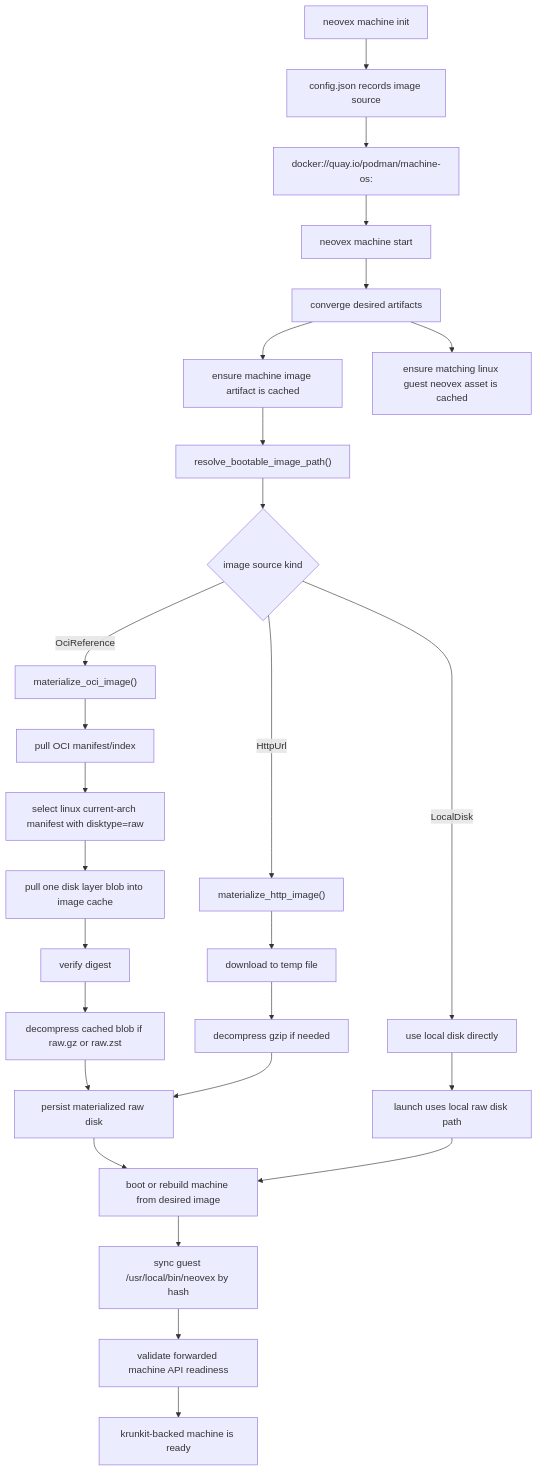
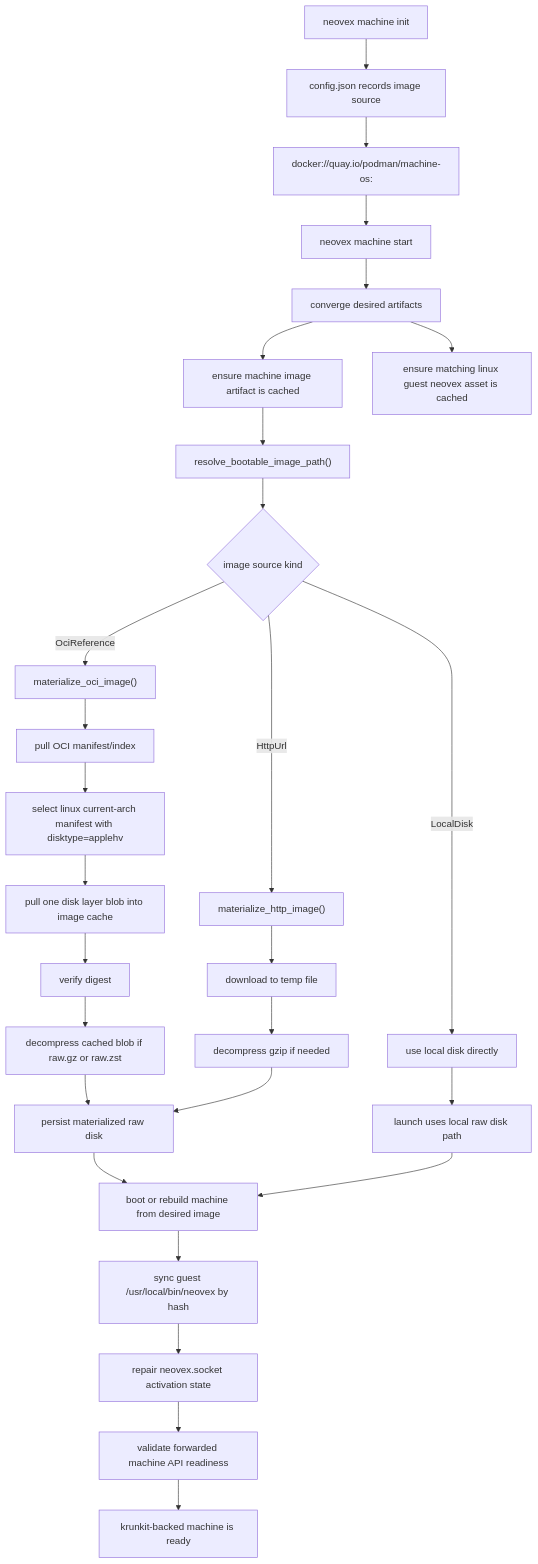
Before and after one commit to nimbus/nimbus: the third of 6 diagrams in docs/reference/macos-machine-flow.md, drawn with Mermaid. The commit also changed other lines of this file and 24 other files, not shown here.

````diff
--- a/docs/reference/macos-machine-flow.md
+++ b/docs/reference/macos-machine-flow.md
@@ -155,32 +157,33 @@
 ```mermaid
 flowchart TD
     A["neovex machine init"] --> B["config.json records image source"]
     B --> C["docker://quay.io/podman/machine-os:<pinned-ref-or-digest>"]
     C --> D["neovex machine start"]
     D --> E["converge desired artifacts"]
     E --> F["ensure machine image artifact is cached"]
     E --> G["ensure matching linux guest neovex asset is cached"]
     F --> H["resolve_bootable_image_path()"]
     H --> I{"image source kind"}
     I -->|OciReference| J["materialize_oci_image()"]
     I -->|HttpUrl| K["materialize_http_image()"]
     I -->|LocalDisk| L["use local disk directly"]
 
     J --> M["pull OCI manifest/index"]
-    M --> N["select linux current-arch manifest with disktype=raw"]
+    M --> N["select linux current-arch manifest with disktype=applehv"]
     N --> O["pull one disk layer blob into image cache"]
     O --> P["verify digest"]
     P --> Q["decompress cached blob if raw.gz or raw.zst"]
     Q --> R["persist materialized raw disk"]
 
     K --> S["download to temp file"]
     S --> T["decompress gzip if needed"]
     T --> R
 
     L --> U["launch uses local raw disk path"]
     R --> V["boot or rebuild machine from desired image"]
     U --> V
     V --> W["sync guest /usr/local/bin/neovex by hash"]
-    W --> X["validate forwarded machine API readiness"]
-    X --> Y["krunkit-backed machine is ready"]
+    W --> X["repair neovex.socket activation state"]
+    X --> Y["validate forwarded machine API readiness"]
+    Y --> Z["krunkit-backed machine is ready"]
 ```
````
